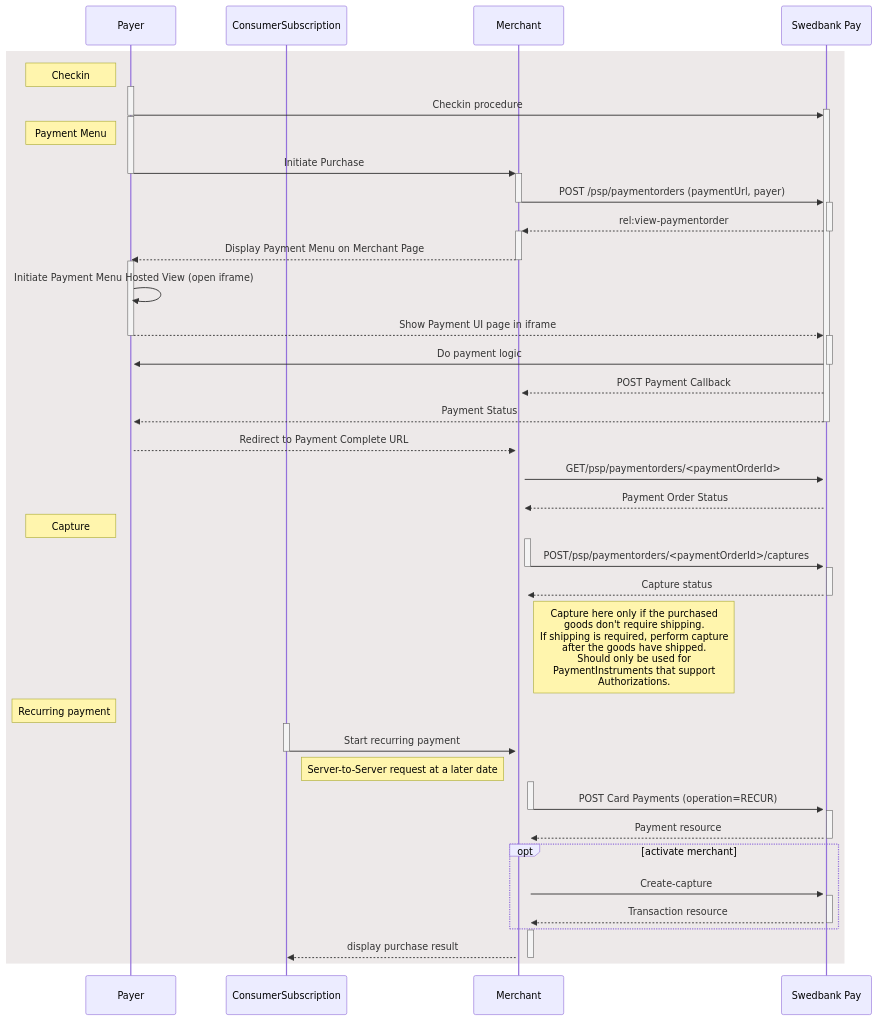
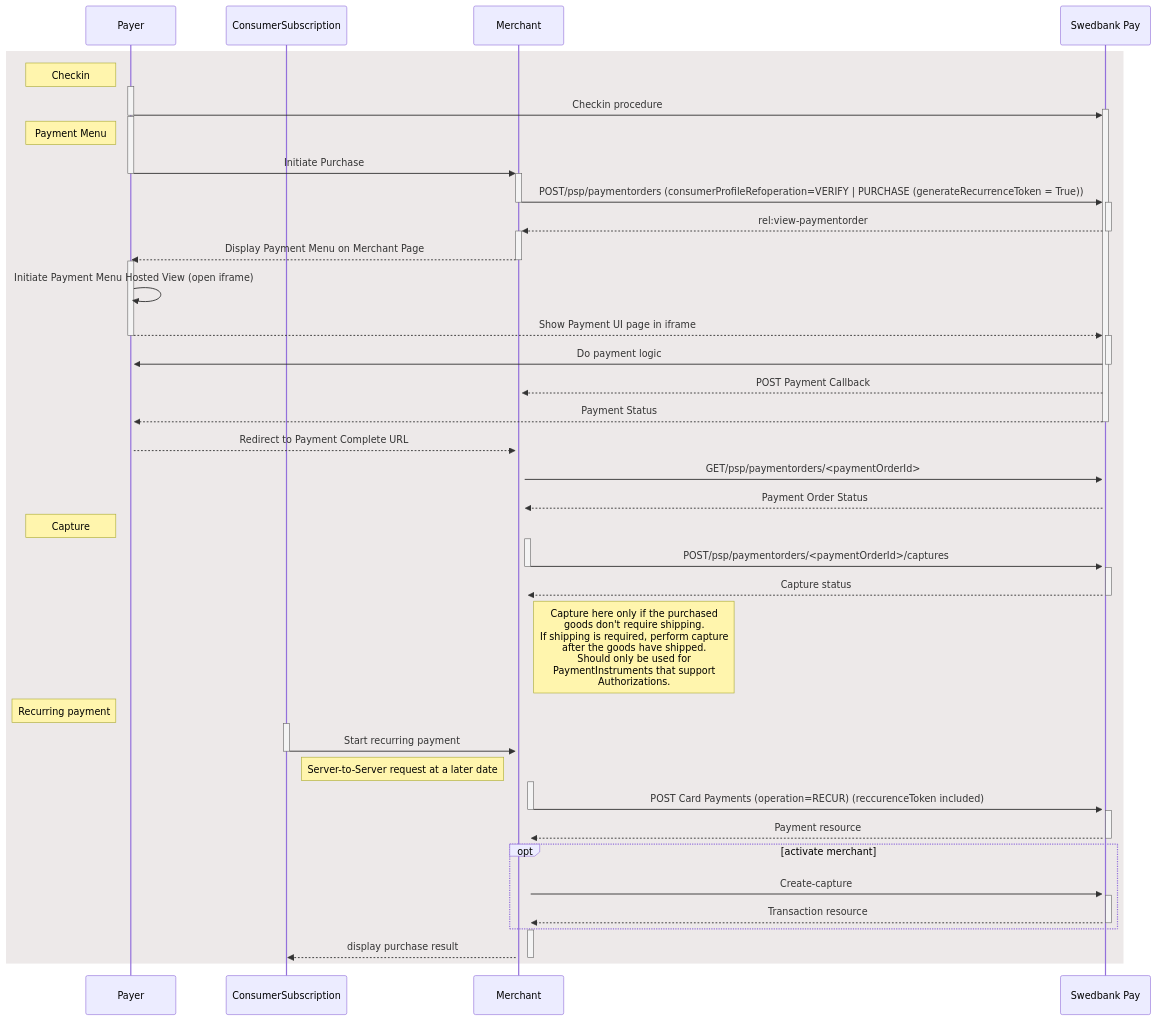
The first of 3 diagrams in checkout/other-features.md (SwedbankPay/developer.swedbankpay.com), drawn with Mermaid before and after one commit.

Commit message:
Fixed POST input

````diff
--- a/checkout/other-features.md
+++ b/checkout/other-features.md
@@ -631,56 +631,56 @@
 ```mermaid
 sequenceDiagram
     participant Payer
     participant ConsumerSubscription
     participant Merchant
     participant SwedbankPay as Swedbank Pay
 
     rect rgba(81,43,43,0.1)
     note left of Payer: Checkin
         activate Payer
         Payer ->>+ SwedbankPay: Checkin procedure
         deactivate Payer
         activate Payer
         note left of Payer: Payment Menu
         Payer ->>+ Merchant: Initiate Purchase
         deactivate Payer
-        Merchant ->>+ SwedbankPay: POST /psp/paymentorders (paymentUrl, payer)
+        Merchant ->>+ SwedbankPay: POST/psp/paymentorders (consumerProfileRefoperation=VERIFY | PURCHASE (generateRecurrenceToken = True))
         deactivate Merchant
         SwedbankPay -->>+ Merchant: rel:view-paymentorder
         deactivate SwedbankPay
         Merchant -->>- Payer: Display Payment Menu on Merchant Page
         activate Payer
         Payer ->> Payer: Initiate Payment Menu Hosted View (open iframe)
         Payer -->>+ SwedbankPay: Show Payment UI page in iframe
         deactivate Payer
         SwedbankPay ->>+ Payer: Do payment logic
         deactivate SwedbankPay
         SwedbankPay -->>+ Merchant: POST Payment Callback
         SwedbankPay -->>- Payer: Payment Status
         Payer -->>+ Merchant: Redirect to Payment Complete URL
         Merchant ->>+ SwedbankPay: GET/psp/paymentorders/<paymentOrderId>
         SwedbankPay -->>+ Merchant: Payment Order Status
         note left of Payer: Capture
         activate Merchant
         Merchant ->>+ SwedbankPay: POST/psp/paymentorders/<paymentOrderId>/captures
         deactivate Merchant
         SwedbankPay -->>- Merchant: Capture status
         note right of Merchant: Capture here only if the purchased<br/>goods don't require shipping.<br/>If shipping is required, perform capture<br/>after the goods have shipped.<br>Should only be used for <br>PaymentInstruments that support <br>Authorizations.
         note left of Payer: Recurring payment
         activate ConsumerSubscription
         ConsumerSubscription ->>+ Merchant: Start recurring payment
         deactivate ConsumerSubscription
         note left of Merchant: Server-to-Server request at a later date
         activate Merchant
-        Merchant ->>+ SwedbankPay: POST Card Payments (operation=RECUR)
+        Merchant ->>+ SwedbankPay: POST Card Payments (operation=RECUR) (reccurenceToken included)
         deactivate Merchant
         SwedbankPay -->>- Merchant: Payment resource
 
         opt activate merchant
         Merchant ->>+ SwedbankPay: Create-capture
         SwedbankPay -->>- Merchant: Transaction resource
         end
         activate Merchant
         Merchant -->>- ConsumerSubscription: display purchase result
         end
 ```
````
